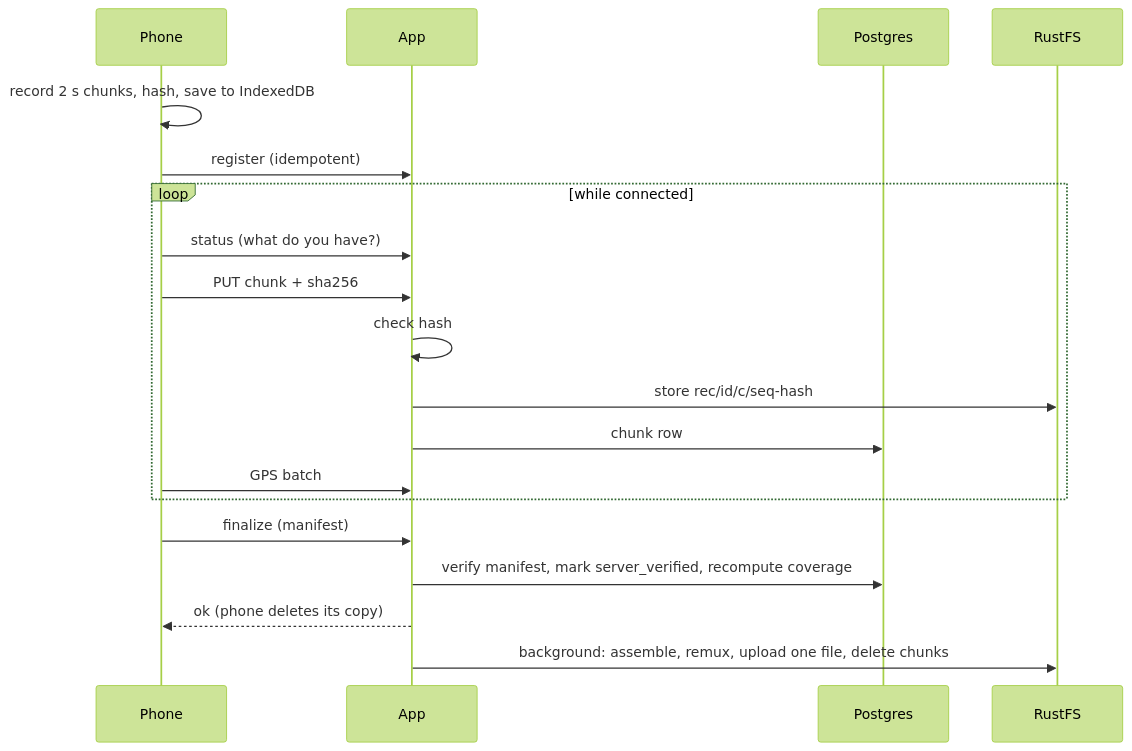
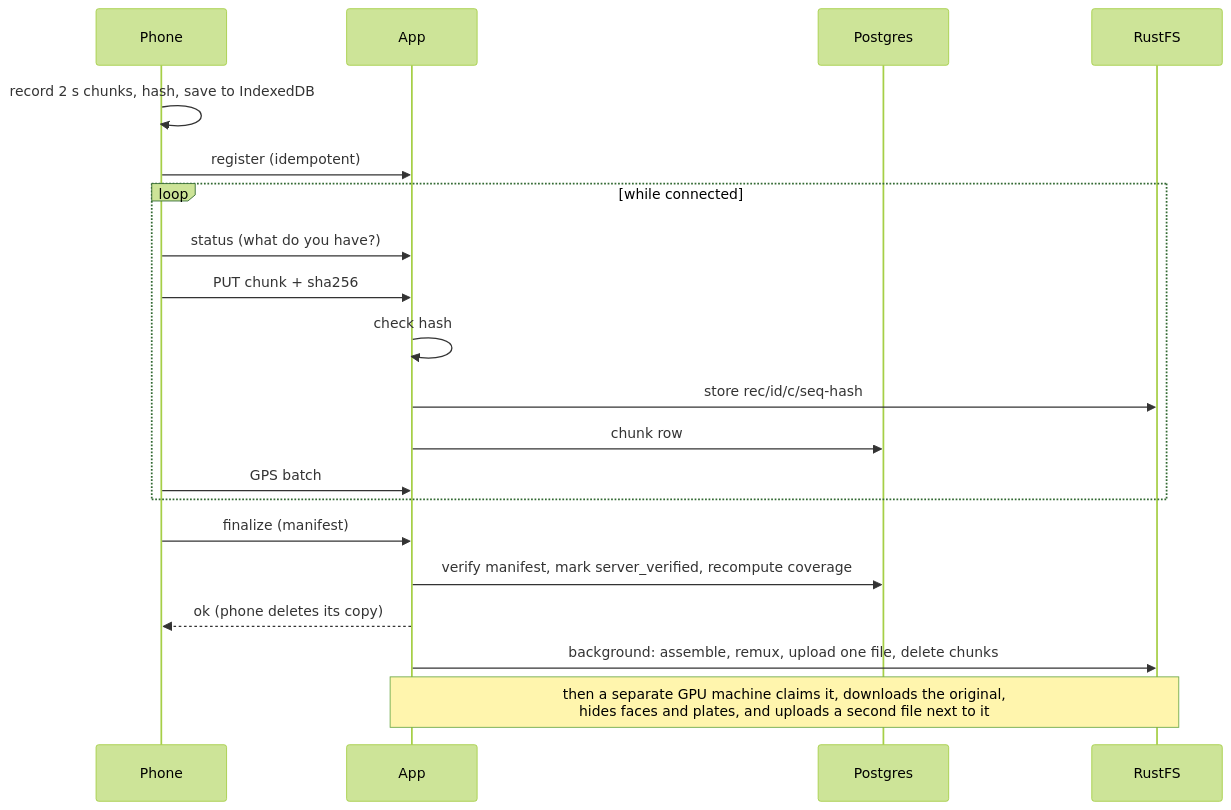
The second of 2 diagrams in docs/development/architecture.md (AI-LDCS/field-capture-app), drawn with Mermaid (forest theme) before and after one commit. The commit also changed other lines of this file and 34 other files, not shown here.

````diff
--- a/docs/development/architecture.md
+++ b/docs/development/architecture.md
@@ -111,21 +112,22 @@
 ```mermaid
 sequenceDiagram
   participant P as Phone
   participant A as App
   participant D as Postgres
   participant S as RustFS
   P->>P: record 2 s chunks, hash, save to IndexedDB
   P->>A: register (idempotent)
   loop while connected
     P->>A: status (what do you have?)
     P->>A: PUT chunk + sha256
     A->>A: check hash
     A->>S: store rec/id/c/seq-hash
     A->>D: chunk row
     P->>A: GPS batch
   end
   P->>A: finalize (manifest)
   A->>D: verify manifest, mark server_verified, recompute coverage
   A-->>P: ok (phone deletes its copy)
   A->>S: background: assemble, remux, upload one file, delete chunks
+  Note over A,S: then a separate GPU machine claims it, downloads the original,<br/>hides faces and plates, and uploads a second file next to it
 ```
````
